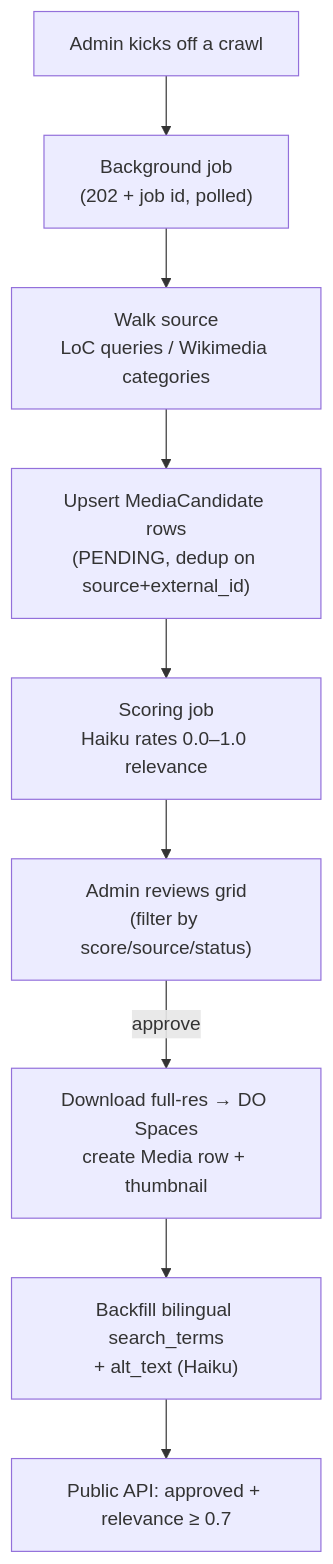
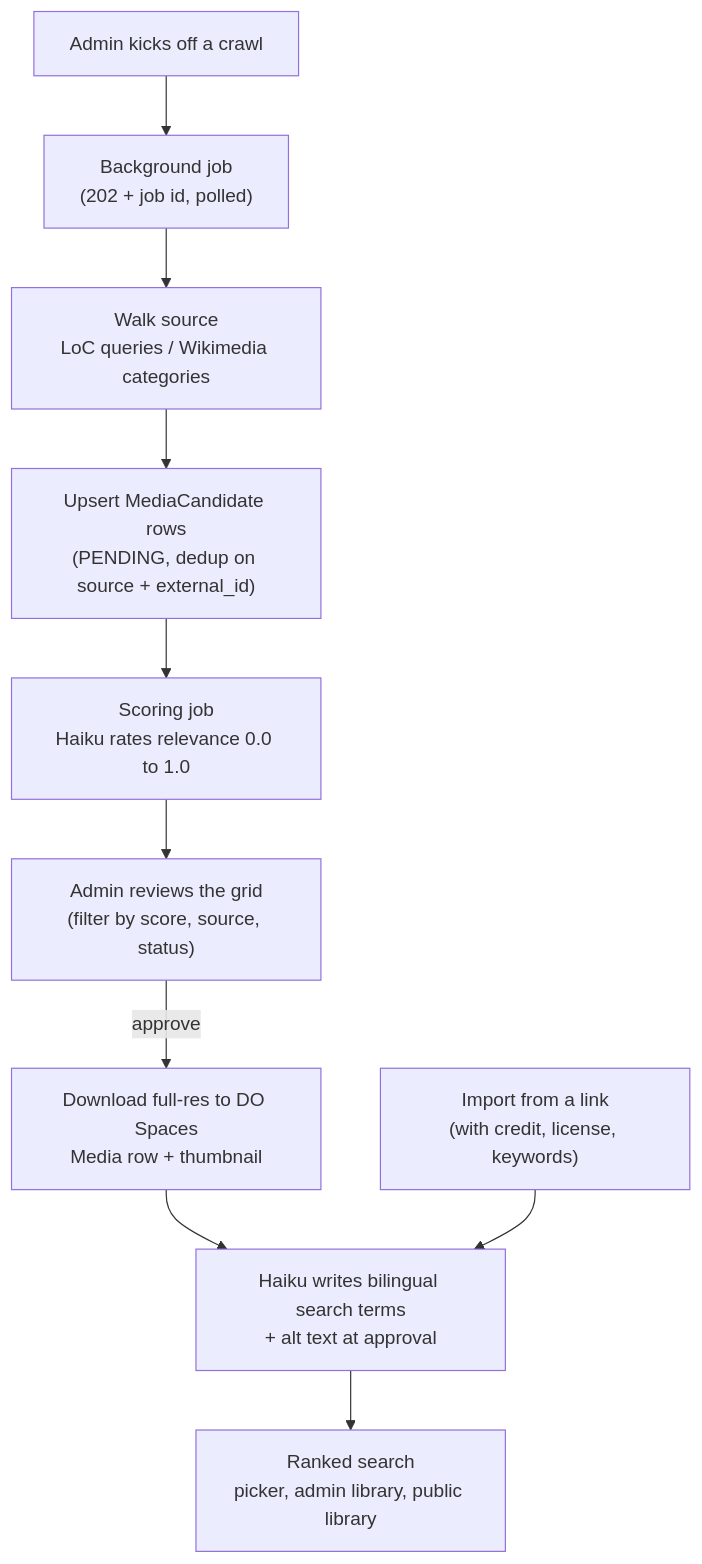
The diagram in docs/05-media-library-and-acquisition.md (wanderindev/ai-powered-content-generation-engine), drawn with Mermaid before and after one commit. The commit also changed other lines of this file and 441 other files, not shown here.

````diff
--- a/docs/05-media-library-and-acquisition.md
+++ b/docs/05-media-library-and-acquisition.md
@@ -9,11 +9,12 @@
 ```mermaid
 flowchart TD
     A["Admin kicks off a crawl"] --> B["Background job<br/>(202 + job id, polled)"]
     B --> C["Walk source<br/>LoC queries / Wikimedia categories"]
-    C --> D["Upsert MediaCandidate rows<br/>(PENDING, dedup on source+external_id)"]
-    D --> E["Scoring job<br/>Haiku rates 0.0–1.0 relevance"]
-    E --> F["Admin reviews grid<br/>(filter by score/source/status)"]
-    F -->|approve| G["Download full-res → DO Spaces<br/>create Media row + thumbnail"]
-    G --> H["Backfill bilingual search_terms<br/>+ alt_text (Haiku)"]
-    H --> I["Public API: approved + relevance ≥ 0.7"]
+    C --> D["Upsert MediaCandidate rows<br/>(PENDING, dedup on source + external_id)"]
+    D --> E["Scoring job<br/>Haiku rates relevance 0.0 to 1.0"]
+    E --> F["Admin reviews the grid<br/>(filter by score, source, status)"]
+    F -->|approve| G["Download full-res to DO Spaces<br/>Media row + thumbnail"]
+    G --> H["Haiku writes bilingual search terms<br/>+ alt text at approval"]
+    I["Import from a link<br/>(with credit, license, keywords)"] --> H
+    H --> J["Ranked search<br/>picker, admin library, public library"]
 ```
````
